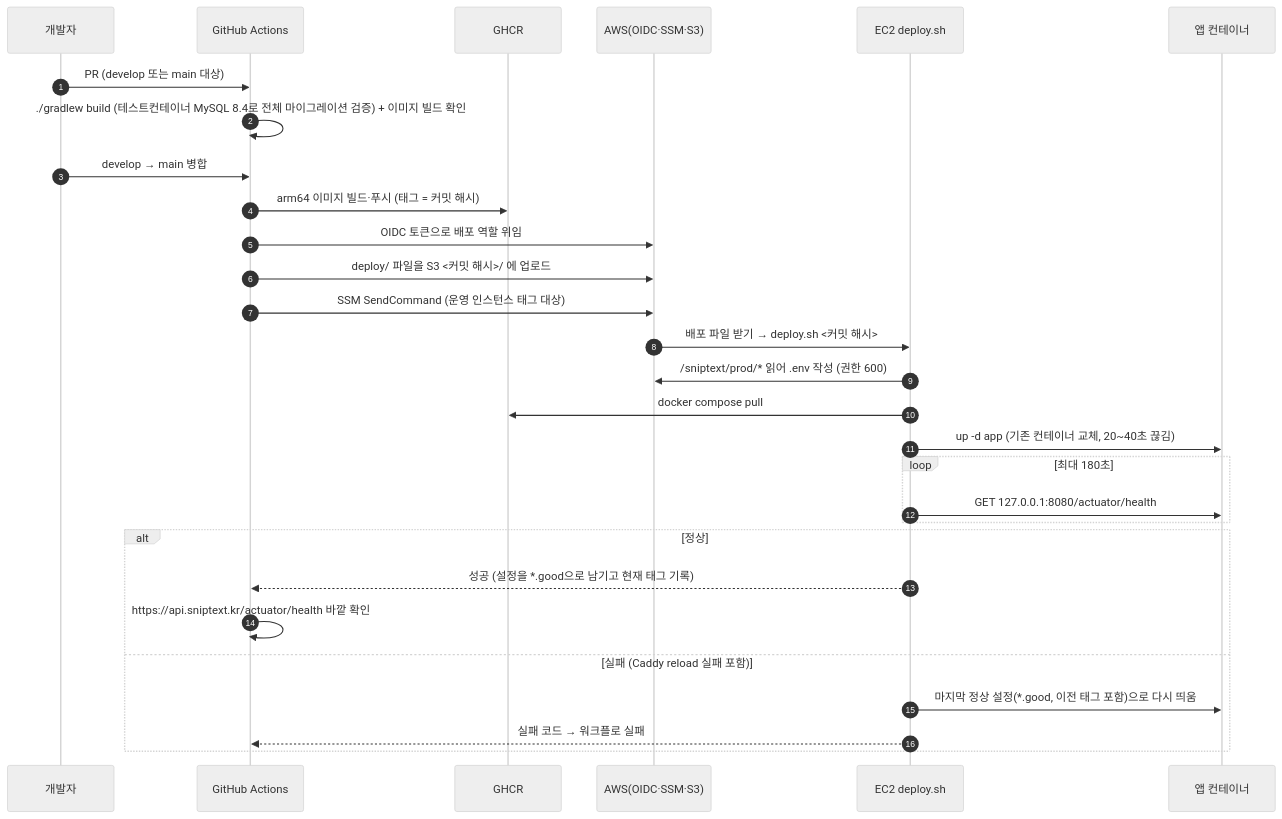
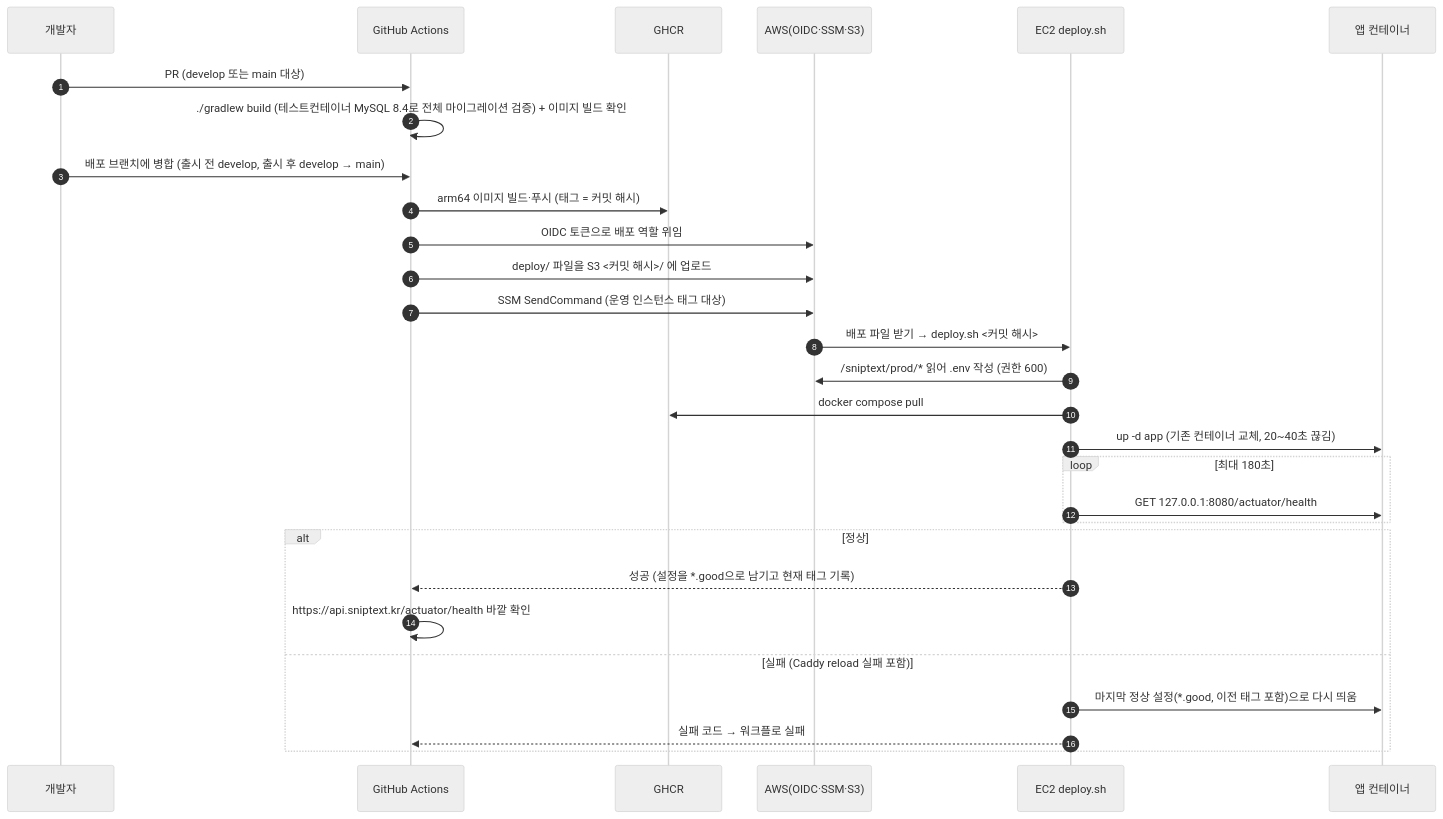
The second of 2 diagrams in docs/deploy-design.md (SnipText-Developer/backend), drawn with Mermaid (neutral theme) before and after one commit. The commit also changed other lines of this file, not shown here.

Commit message:
docs: 설계 문서의 배포 브랜치를 출시 전 develop, 출시 후 main으로 수정 (#93)

````diff
--- a/docs/deploy-design.md
+++ b/docs/deploy-design.md
@@ -54,32 +54,32 @@
 ```mermaid
 sequenceDiagram
     autonumber
     participant D as 개발자
     participant GH as GitHub Actions
     participant R as GHCR
     participant A as AWS(OIDC·SSM·S3)
     participant S as EC2 deploy.sh
     participant App as 앱 컨테이너
 
     D->>GH: PR (develop 또는 main 대상)
     GH->>GH: ./gradlew build (테스트컨테이너 MySQL 8.4로 전체 마이그레이션 검증) + 이미지 빌드 확인
-    D->>GH: develop → main 병합
+    D->>GH: 배포 브랜치에 병합 (출시 전 develop, 출시 후 develop → main)
     GH->>R: arm64 이미지 빌드·푸시 (태그 = 커밋 해시)
     GH->>A: OIDC 토큰으로 배포 역할 위임
     GH->>A: deploy/ 파일을 S3 <커밋 해시>/ 에 업로드
     GH->>A: SSM SendCommand (운영 인스턴스 태그 대상)
     A->>S: 배포 파일 받기 → deploy.sh <커밋 해시>
     S->>A: /sniptext/prod/* 읽어 .env 작성 (권한 600)
     S->>R: docker compose pull
     S->>App: up -d app (기존 컨테이너 교체, 20~40초 끊김)
     loop 최대 180초
         S->>App: GET 127.0.0.1:8080/actuator/health
     end
     alt 정상
         S-->>GH: 성공 (설정을 *.good으로 남기고 현재 태그 기록)
         GH->>GH: https://api.sniptext.kr/actuator/health 바깥 확인
     else 실패 (Caddy reload 실패 포함)
         S->>App: 마지막 정상 설정(*.good, 이전 태그 포함)으로 다시 띄움
         S-->>GH: 실패 코드 → 워크플로 실패
     end
 ```
````
